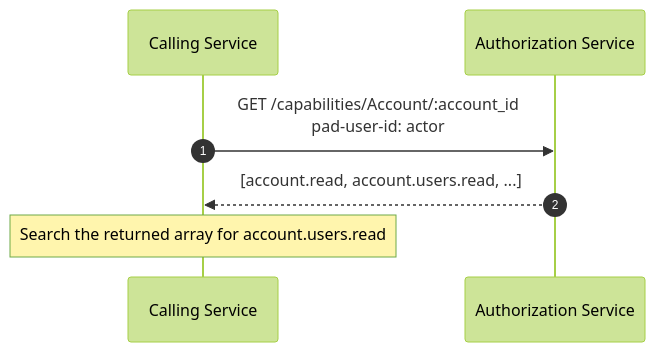
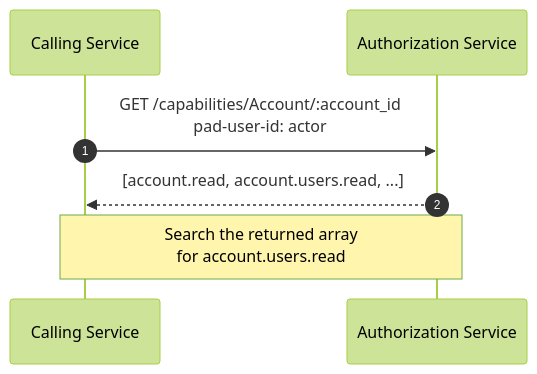
The first of 4 diagrams in docs/articles/series/IAM-System-Demo/graphql-auth-explosion-part-3-multiple-object-authorization.md (meleneth/whirred-io), drawn with Mermaid (forest theme) before and after one commit. The commit also changed other lines of this file and 6 other files, not shown here.

````diff
--- a/docs/articles/series/IAM-System-Demo/graphql-auth-explosion-part-3-multiple-object-authorization.md
+++ b/docs/articles/series/IAM-System-Demo/graphql-auth-explosion-part-3-multiple-object-authorization.md
@@ -22,10 +28,10 @@
 ```mermaid
 sequenceDiagram
   autonumber
   participant S as Calling Service
   participant AZ as Authorization Service
 
   S->>AZ: GET /capabilities/Account/:account_id<br/>pad-user-id: actor
   AZ-->>S: [account.read, account.users.read, ...]
-  Note over S: Search the returned array for account.users.read
+  Note over S,AZ: Search the returned array<br/>for account.users.read
 ```
````
